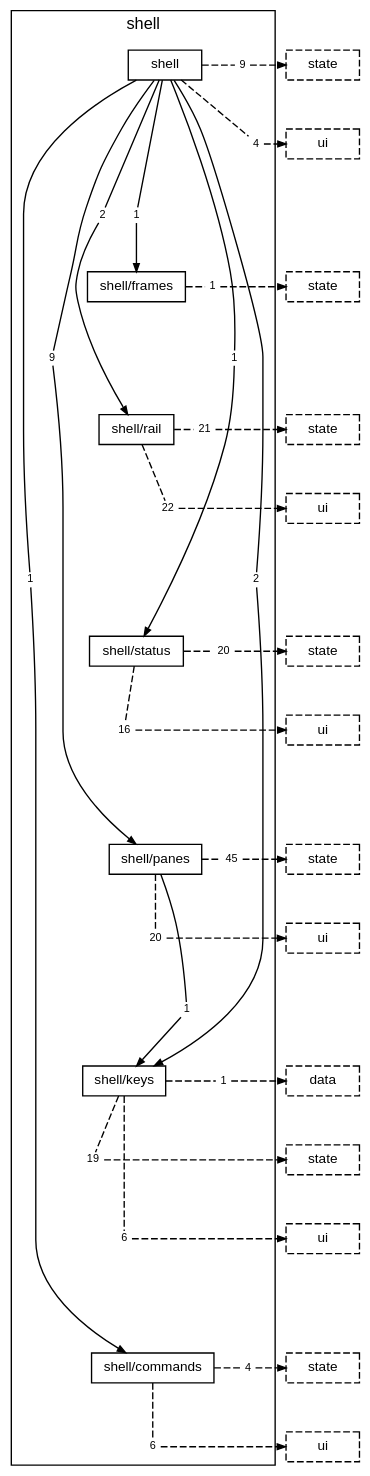
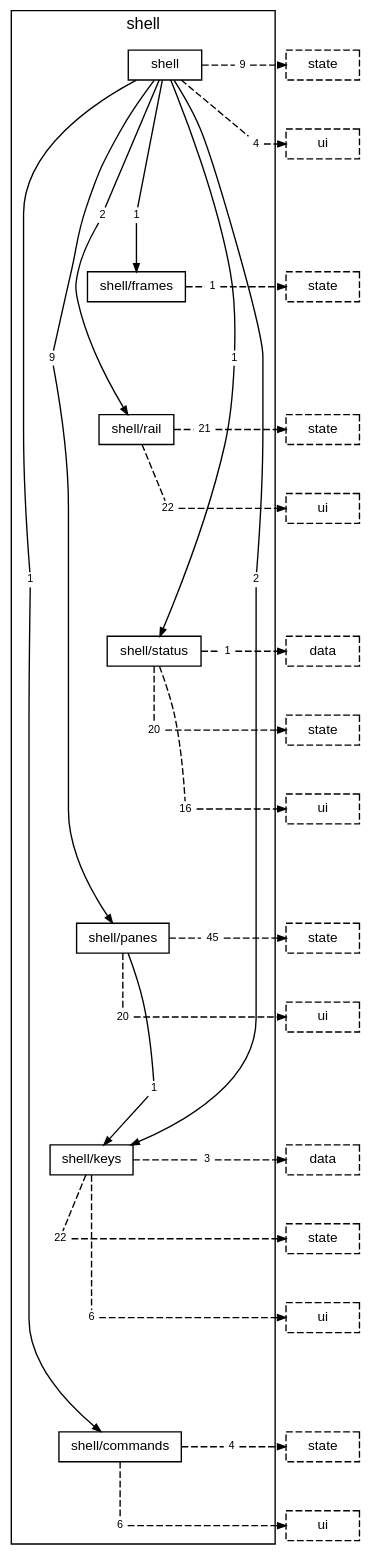
One commit to TheAxeC/oculus changed the diagram in docs/diagrams/layer-shell.dot. Above: the diagram before and after it, drawn with Graphviz. The commit also changed 124 other files, not shown here.

```diff
--- a/docs/diagrams/layer-shell.dot
+++ b/docs/diagrams/layer-shell.dot
@@ -1,112 +1,117 @@
 digraph layer_shell {
     graph [bgcolor="transparent", rankdir=TB, newrank=true, mclimit=4, fontname="Helvetica,Arial,sans-serif", fontsize=12, nodesep=0.2, ranksep=0.5];
     node [shape=box, color="black", fontcolor="black", fontname="Helvetica,Arial,sans-serif", fontsize=10, height=0.3, margin="0.12,0.04"];
     edge [color="black", fontcolor="black", fontname="Helvetica,Arial,sans-serif", fontsize=8, arrowsize=0.6];
     subgraph "cluster_shell" {
         label="shell"; style=solid;
         "folder shell" [label="shell"];
         "folder shell/frames" [label="shell/frames"];
         "folder shell/rail" [label="shell/rail"];
         "folder shell/status" [label="shell/status"];
         "folder shell/panes" [label="shell/panes"];
         "folder shell/keys" [label="shell/keys"];
         "folder shell/commands" [label="shell/commands"];
         "folder shell to folder shell/commands" [label="1", shape=box, color="transparent", fontsize=8, width=0, height=0, margin="0.04,0.02"];
         "folder shell to folder shell/frames" [label="1", shape=box, color="transparent", fontsize=8, width=0, height=0, margin="0.04,0.02"];
         "folder shell to folder shell/keys" [label="2", shape=box, color="transparent", fontsize=8, width=0, height=0, margin="0.04,0.02"];
         "folder shell to folder shell/panes" [label="9", shape=box, color="transparent", fontsize=8, width=0, height=0, margin="0.04,0.02"];
         "folder shell to folder shell/rail" [label="2", shape=box, color="transparent", fontsize=8, width=0, height=0, margin="0.04,0.02"];
         "folder shell to folder shell/status" [label="1", shape=box, color="transparent", fontsize=8, width=0, height=0, margin="0.04,0.02"];
         "folder shell to layer state" [label="9", shape=box, color="transparent", fontsize=8, width=0, height=0, margin="0.04,0.02"];
         "folder shell to layer ui" [label="4", shape=box, color="transparent", fontsize=8, width=0, height=0, margin="0.04,0.02"];
         "folder shell/frames to layer state" [label="1", shape=box, color="transparent", fontsize=8, width=0, height=0, margin="0.04,0.02"];
         "folder shell/rail to layer state" [label="21", shape=box, color="transparent", fontsize=8, width=0, height=0, margin="0.04,0.02"];
         "folder shell/rail to layer ui" [label="22", shape=box, color="transparent", fontsize=8, width=0, height=0, margin="0.04,0.02"];
+        "folder shell/status to layer data" [label="1", shape=box, color="transparent", fontsize=8, width=0, height=0, margin="0.04,0.02"];
         "folder shell/status to layer state" [label="20", shape=box, color="transparent", fontsize=8, width=0, height=0, margin="0.04,0.02"];
         "folder shell/status to layer ui" [label="16", shape=box, color="transparent", fontsize=8, width=0, height=0, margin="0.04,0.02"];
         "folder shell/panes to folder shell/keys" [label="1", shape=box, color="transparent", fontsize=8, width=0, height=0, margin="0.04,0.02"];
         "folder shell/panes to layer state" [label="45", shape=box, color="transparent", fontsize=8, width=0, height=0, margin="0.04,0.02"];
         "folder shell/panes to layer ui" [label="20", shape=box, color="transparent", fontsize=8, width=0, height=0, margin="0.04,0.02"];
-        "folder shell/keys to layer data" [label="1", shape=box, color="transparent", fontsize=8, width=0, height=0, margin="0.04,0.02"];
-        "folder shell/keys to layer state" [label="19", shape=box, color="transparent", fontsize=8, width=0, height=0, margin="0.04,0.02"];
+        "folder shell/keys to layer data" [label="3", shape=box, color="transparent", fontsize=8, width=0, height=0, margin="0.04,0.02"];
+        "folder shell/keys to layer state" [label="22", shape=box, color="transparent", fontsize=8, width=0, height=0, margin="0.04,0.02"];
         "folder shell/keys to layer ui" [label="6", shape=box, color="transparent", fontsize=8, width=0, height=0, margin="0.04,0.02"];
         "folder shell/commands to layer state" [label="4", shape=box, color="transparent", fontsize=8, width=0, height=0, margin="0.04,0.02"];
         "folder shell/commands to layer ui" [label="6", shape=box, color="transparent", fontsize=8, width=0, height=0, margin="0.04,0.02"];
     }
     "layer state from folder shell" [label="state", style=dashed];
     "layer ui from folder shell" [label="ui", style=dashed];
     "layer state from folder shell/frames" [label="state", style=dashed];
     "layer state from folder shell/rail" [label="state", style=dashed];
     "layer ui from folder shell/rail" [label="ui", style=dashed];
+    "layer data from folder shell/status" [label="data", style=dashed];
     "layer state from folder shell/status" [label="state", style=dashed];
     "layer ui from folder shell/status" [label="ui", style=dashed];
     "layer state from folder shell/panes" [label="state", style=dashed];
     "layer ui from folder shell/panes" [label="ui", style=dashed];
     "layer data from folder shell/keys" [label="data", style=dashed];
     "layer state from folder shell/keys" [label="state", style=dashed];
     "layer ui from folder shell/keys" [label="ui", style=dashed];
     "layer state from folder shell/commands" [label="state", style=dashed];
     "layer ui from folder shell/commands" [label="ui", style=dashed];
     "folder shell" -> "folder shell/frames" [style=invis, weight=10, minlen=3];
     "folder shell/frames" -> "folder shell/rail" [style=invis, weight=10, minlen=2];
     "folder shell/rail" -> "folder shell/status" [style=invis, weight=10, minlen=3];
-    "folder shell/status" -> "folder shell/panes" [style=invis, weight=10, minlen=3];
+    "folder shell/status" -> "folder shell/panes" [style=invis, weight=10, minlen=4];
     "folder shell/panes" -> "folder shell/keys" [style=invis, weight=10, minlen=3];
     "folder shell/keys" -> "folder shell/commands" [style=invis, weight=10, minlen=4];
     "folder shell" -> "folder shell to folder shell/commands" [arrowhead=none, minlen=7, weight=10];
     "folder shell to folder shell/commands" -> "folder shell/commands" [];
     "folder shell" -> "folder shell to folder shell/frames" [arrowhead=none, minlen=2, weight=10];
     "folder shell to folder shell/frames" -> "folder shell/frames" [];
     "folder shell" -> "folder shell to folder shell/keys" [arrowhead=none, minlen=7, weight=10];
     "folder shell to folder shell/keys" -> "folder shell/keys" [];
     "folder shell" -> "folder shell to folder shell/panes" [arrowhead=none, minlen=4, weight=10];
     "folder shell to folder shell/panes" -> "folder shell/panes" [];
     "folder shell" -> "folder shell to folder shell/rail" [arrowhead=none, minlen=2, weight=10];
     "folder shell to folder shell/rail" -> "folder shell/rail" [];
     "folder shell" -> "folder shell to folder shell/status" [arrowhead=none, minlen=4, weight=10];
     "folder shell to folder shell/status" -> "folder shell/status" [];
     "folder shell" -> "folder shell to layer state" [arrowhead=none, style=dashed];
     "folder shell to layer state" -> "layer state from folder shell" [style=dashed];
     { rank=same; "folder shell"; "folder shell to layer state"; "layer state from folder shell"; }
     "folder shell" -> "folder shell to layer ui" [arrowhead=none, style=dashed, minlen=1, weight=10];
     "folder shell to layer ui" -> "layer ui from folder shell" [style=dashed];
     { rank=same; "folder shell to layer ui"; "layer ui from folder shell"; }
     "folder shell/frames" -> "folder shell/frames to layer state" [arrowhead=none, style=dashed];
     "folder shell/frames to layer state" -> "layer state from folder shell/frames" [style=dashed];
     { rank=same; "folder shell/frames"; "folder shell/frames to layer state"; "layer state from folder shell/frames"; }
     "folder shell/rail" -> "folder shell/rail to layer state" [arrowhead=none, style=dashed];
     "folder shell/rail to layer state" -> "layer state from folder shell/rail" [style=dashed];
     { rank=same; "folder shell/rail"; "folder shell/rail to layer state"; "layer state from folder shell/rail"; }
     "folder shell/rail" -> "folder shell/rail to layer ui" [arrowhead=none, style=dashed, minlen=1, weight=10];
     "folder shell/rail to layer ui" -> "layer ui from folder shell/rail" [style=dashed];
     { rank=same; "folder shell/rail to layer ui"; "layer ui from folder shell/rail"; }
-    "folder shell/status" -> "folder shell/status to layer state" [arrowhead=none, style=dashed];
+    "folder shell/status" -> "folder shell/status to layer data" [arrowhead=none, style=dashed];
+    "folder shell/status to layer data" -> "layer data from folder shell/status" [style=dashed];
+    { rank=same; "folder shell/status"; "folder shell/status to layer data"; "layer data from folder shell/status"; }
+    "folder shell/status" -> "folder shell/status to layer state" [arrowhead=none, style=dashed, minlen=1, weight=10];
     "folder shell/status to layer state" -> "layer state from folder shell/status" [style=dashed];
-    { rank=same; "folder shell/status"; "folder shell/status to layer state"; "layer state from folder shell/status"; }
-    "folder shell/status" -> "folder shell/status to layer ui" [arrowhead=none, style=dashed, minlen=1, weight=10];
+    { rank=same; "folder shell/status to layer state"; "layer state from folder shell/status"; }
+    "folder shell/status" -> "folder shell/status to layer ui" [arrowhead=none, style=dashed, minlen=2, weight=10];
     "folder shell/status to layer ui" -> "layer ui from folder shell/status" [style=dashed];
     { rank=same; "folder shell/status to layer ui"; "layer ui from folder shell/status"; }
     "folder shell/panes" -> "folder shell/panes to folder shell/keys" [arrowhead=none, minlen=2, weight=10];
     "folder shell/panes to folder shell/keys" -> "folder shell/keys" [];
     "folder shell/panes" -> "folder shell/panes to layer state" [arrowhead=none, style=dashed];
     "folder shell/panes to layer state" -> "layer state from folder shell/panes" [style=dashed];
     { rank=same; "folder shell/panes"; "folder shell/panes to layer state"; "layer state from folder shell/panes"; }
     "folder shell/panes" -> "folder shell/panes to layer ui" [arrowhead=none, style=dashed, minlen=1, weight=10];
     "folder shell/panes to layer ui" -> "layer ui from folder shell/panes" [style=dashed];
     { rank=same; "folder shell/panes to layer ui"; "layer ui from folder shell/panes"; }
     "folder shell/keys" -> "folder shell/keys to layer data" [arrowhead=none, style=dashed];
     "folder shell/keys to layer data" -> "layer data from folder shell/keys" [style=dashed];
     { rank=same; "folder shell/keys"; "folder shell/keys to layer data"; "layer data from folder shell/keys"; }
     "folder shell/keys" -> "folder shell/keys to layer state" [arrowhead=none, style=dashed, minlen=1, weight=10];
     "folder shell/keys to layer state" -> "layer state from folder shell/keys" [style=dashed];
     { rank=same; "folder shell/keys to layer state"; "layer state from folder shell/keys"; }
     "folder shell/keys" -> "folder shell/keys to layer ui" [arrowhead=none, style=dashed, minlen=2, weight=10];
     "folder shell/keys to layer ui" -> "layer ui from folder shell/keys" [style=dashed];
     { rank=same; "folder shell/keys to layer ui"; "layer ui from folder shell/keys"; }
     "folder shell/commands" -> "folder shell/commands to layer state" [arrowhead=none, style=dashed];
     "folder shell/commands to layer state" -> "layer state from folder shell/commands" [style=dashed];
     { rank=same; "folder shell/commands"; "folder shell/commands to layer state"; "layer state from folder shell/commands"; }
     "folder shell/commands" -> "folder shell/commands to layer ui" [arrowhead=none, style=dashed, minlen=1, weight=10];
     "folder shell/commands to layer ui" -> "layer ui from folder shell/commands" [style=dashed];
     { rank=same; "folder shell/commands to layer ui"; "layer ui from folder shell/commands"; }
 }
```
